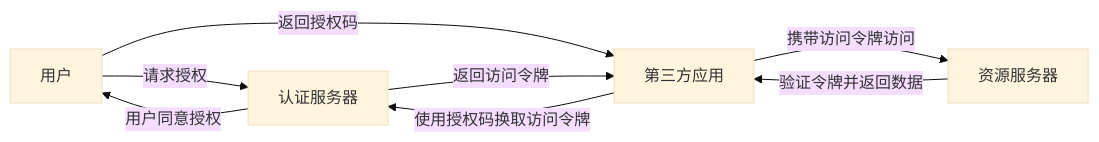
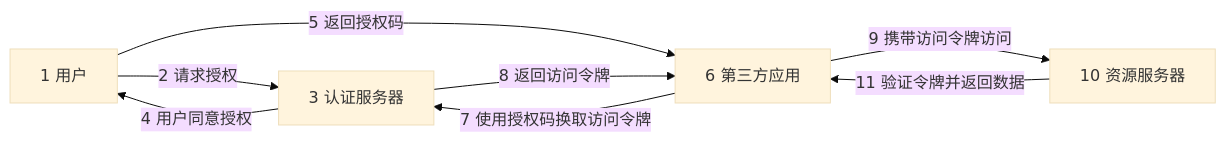
Before and after one commit to uwspstar/20-Day-Challenge-List: the fourth of 4 diagrams in System Design/四种常见的身份认证与授权机制的原理及适用场景.md, drawn with Mermaid (base theme). The commit also changed other lines of this file, not shown here.

````diff
--- a/System Design/四种常见的身份认证与授权机制的原理及适用场景.md
+++ b/System Design/四种常见的身份认证与授权机制的原理及适用场景.md
@@ -55,10 +56,11 @@
 ```mermaid
 flowchart LR
-    Client[用户] -->|请求授权| AuthServer[认证服务器]
-    AuthServer -->|用户同意授权| Client
-    Client -->|返回授权码| ThirdPartyApp[第三方应用]
-    ThirdPartyApp -->|使用授权码换取访问令牌| AuthServer
-    AuthServer -->|返回访问令牌| ThirdPartyApp
-    ThirdPartyApp -->|携带访问令牌访问| ResourceServer[资源服务器]
-    ResourceServer -->|验证令牌并返回数据| ThirdPartyApp
+    Client[1 用户] -->|2 请求授权| AuthServer[3 认证服务器]
+    AuthServer -->|4 用户同意授权| Client
+    Client -->|5 返回授权码| ThirdPartyApp[6 第三方应用]
+    ThirdPartyApp -->|7 使用授权码换取访问令牌| AuthServer
+    AuthServer -->|8 返回访问令牌| ThirdPartyApp
+    ThirdPartyApp -->|9 携带访问令牌访问| ResourceServer[10 资源服务器]
+    ResourceServer -->|11 验证令牌并返回数据| ThirdPartyApp
+
 ```
````
